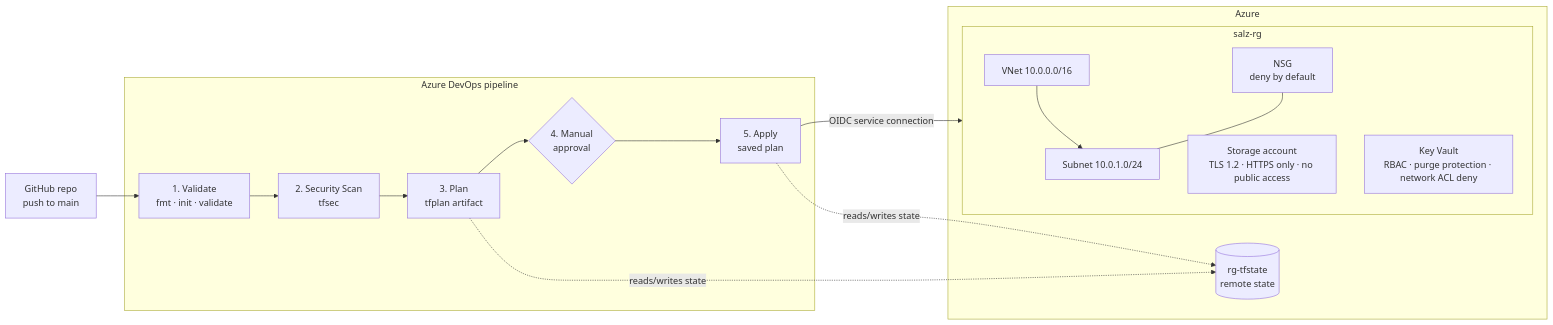
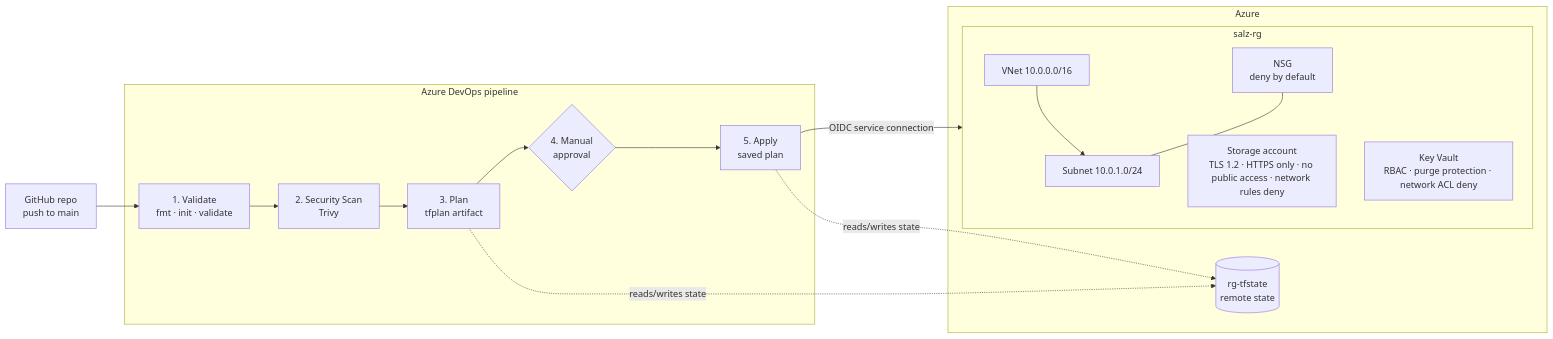
The diagram in docs/README.md (charles-goodsir/secure-azure-landing-zone), drawn with Mermaid before and after one commit. The commit also changed other lines of this file and 4 other files, not shown here.

````diff
--- a/docs/README.md
+++ b/docs/README.md
@@ -21,26 +22,26 @@
 ```mermaid
 flowchart LR
     GH[GitHub repo<br/>push to main] --> V
 
     subgraph ADO[Azure DevOps pipeline]
-        V[1. Validate<br/>fmt · init · validate] --> S[2. Security Scan<br/>tfsec]
+        V[1. Validate<br/>fmt · init · validate] --> S[2. Security Scan<br/>Trivy]
         S --> P[3. Plan<br/>tfplan artifact]
         P --> A{4. Manual<br/>approval}
         A --> AP[5. Apply<br/>saved plan]
     end
 
     AP -- OIDC service connection --> RG
 
     subgraph Azure
         TS[(rg-tfstate<br/>remote state)]
         subgraph RG[salz-rg]
             VNET[VNet 10.0.0.0/16] --> SN[Subnet 10.0.1.0/24]
             NSG[NSG<br/>deny by default] --- SN
-            ST[Storage account<br/>TLS 1.2 · HTTPS only · no public access]
+            ST[Storage account<br/>TLS 1.2 · HTTPS only · no public access · network rules deny]
             KV[Key Vault<br/>RBAC · purge protection · network ACL deny]
         end
     end
 
     P -. reads/writes state .-> TS
     AP -. reads/writes state .-> TS
 ```
````
